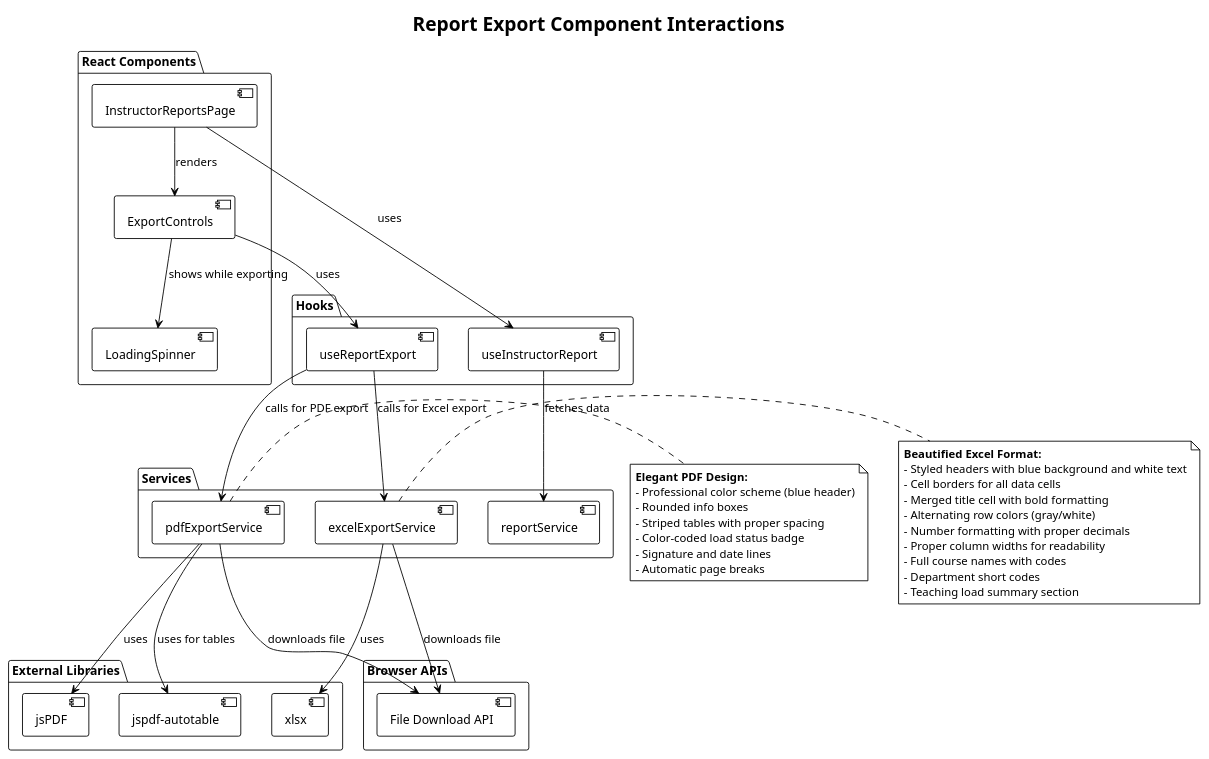
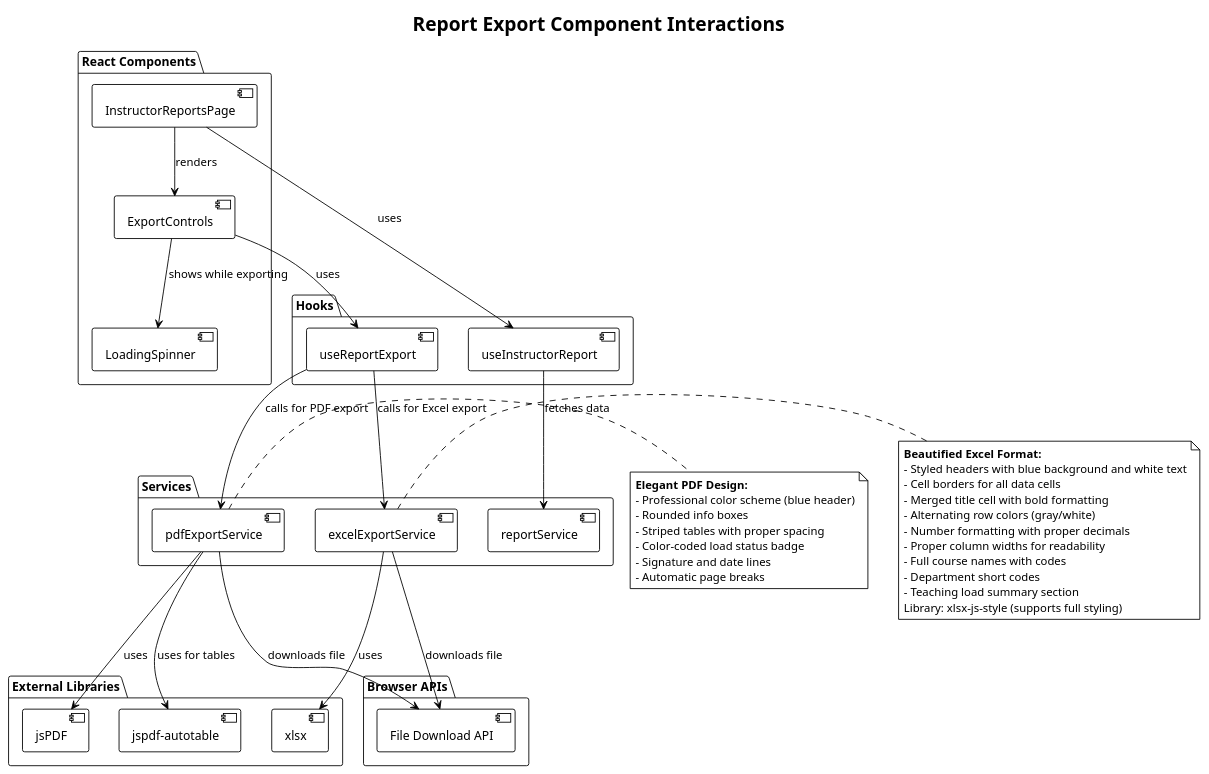
Before and after one commit to Wence024/ClassFlow: the sixth of 7 diagrams in docs/c4-diagrams/instructor-reports-system.puml, drawn with PlantUML. The commit also changed 4 other files, not shown here.

```diff
--- a/docs/c4-diagrams/instructor-reports-system.puml
+++ b/docs/c4-diagrams/instructor-reports-system.puml
@@ -280,73 +280,74 @@
 @startuml Report Export - Component Interaction
 !theme plain
 title Report Export Component Interactions
 
 package "React Components" {
     [InstructorReportsPage] as Page
     [ExportControls] as Export
     [LoadingSpinner] as Spinner
 }
 
 package "Hooks" {
     [useReportExport] as ExportHook
     [useInstructorReport] as ReportHook
 }
 
 package "Services" {
     [pdfExportService] as PDF
     [excelExportService] as Excel
     [reportService] as Report
 }
 
 package "External Libraries" {
     [jsPDF] as JSPDF
     [jspdf-autotable] as AutoTable
     [xlsx] as XLSX
 }
 
 package "Browser APIs" {
     [File Download API] as FileAPI
 }
 
 Page --> Export : renders
 Page --> ReportHook : uses
 Export --> ExportHook : uses
 Export --> Spinner : shows while exporting
 
 ExportHook --> PDF : calls for PDF export
 ExportHook --> Excel : calls for Excel export
 
 PDF --> JSPDF : uses
 PDF --> AutoTable : uses for tables
 
 Excel --> XLSX : uses
 
 ReportHook --> Report : fetches data
 
 PDF --> FileAPI : downloads file
 Excel --> FileAPI : downloads file
 
 note right of PDF
     **Elegant PDF Design:**
     - Professional color scheme (blue header)
     - Rounded info boxes
     - Striped tables with proper spacing
     - Color-coded load status badge
     - Signature and date lines
     - Automatic page breaks
 end note
 
 note right of Excel
     **Beautified Excel Format:**
     - Styled headers with blue background and white text
     - Cell borders for all data cells
     - Merged title cell with bold formatting
     - Alternating row colors (gray/white)
     - Number formatting with proper decimals
     - Proper column widths for readability
     - Full course names with codes
     - Department short codes
     - Teaching load summary section
+    Library: xlsx-js-style (supports full styling)
 end note
 
 @enduml
```
